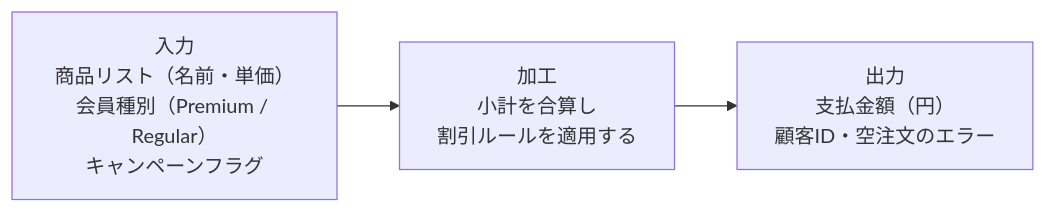
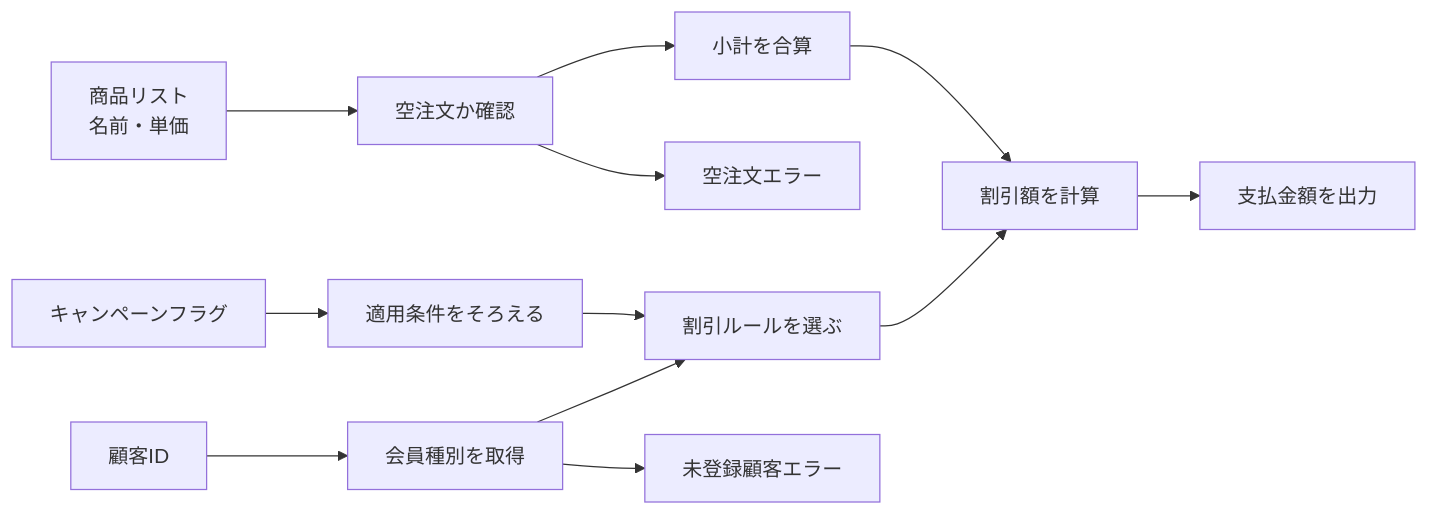
Before and after one commit to kumachan1101-pixel/DesignPattern: the first of 6 diagrams in kindle/design-patterns/output/chapter01.md, drawn with Mermaid. The commit also changed 14 other files, not shown here.

Commit message:
fix: 仕様フロー図を細分化

````diff
--- a/kindle/design-patterns/output/chapter01.md
+++ b/kindle/design-patterns/output/chapter01.md
@@ -34,7 +34,14 @@
 ```mermaid
 flowchart LR
-    I["入力<br>商品リスト（名前・単価）<br>会員種別（Premium / Regular）<br>キャンペーンフラグ"]
-    P["加工<br>小計を合算し<br>割引ルールを適用する"]
-    O["出力<br>支払金額（円）<br>顧客ID・空注文のエラー"]
-    I --> P --> O
+    A["商品リスト<br>名前・単価"] --> B["空注文か確認"]
+    C["顧客ID"] --> D["会員種別を取得"]
+    E["キャンペーンフラグ"] --> F["適用条件をそろえる"]
+    B --> G["小計を合算"]
+    D --> H["割引ルールを選ぶ"]
+    F --> H
+    G --> I["割引額を計算"]
+    H --> I
+    I --> J["支払金額を出力"]
+    B --> K["空注文エラー"]
+    D --> L["未登録顧客エラー"]
 ```
````
